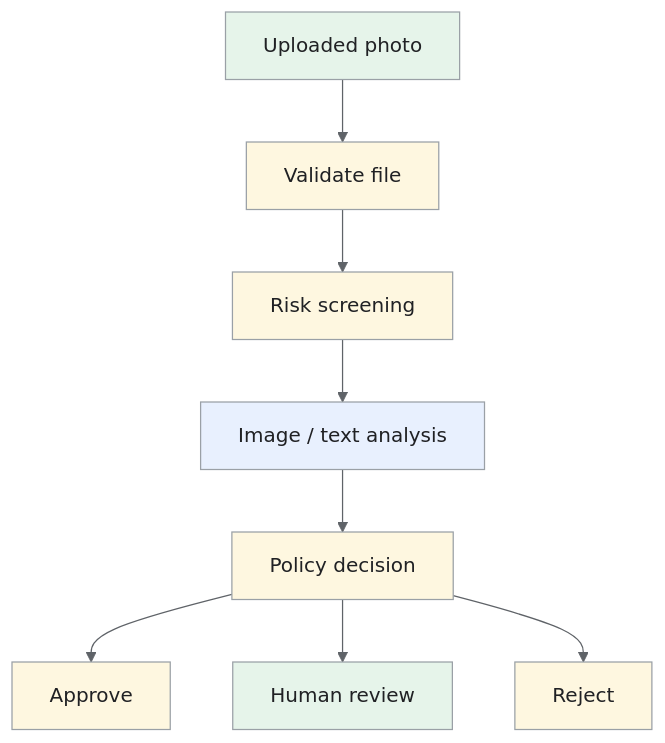
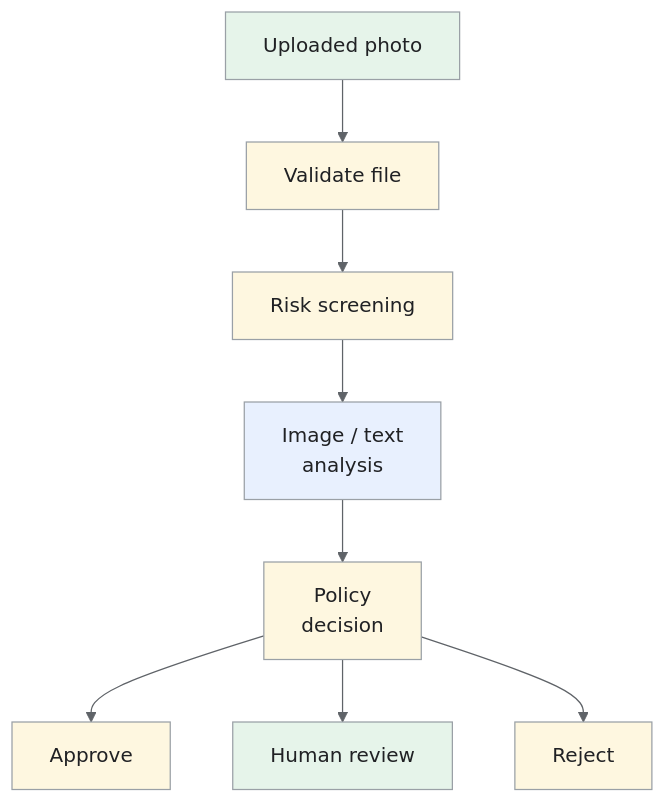
One commit to iliazlobin/iliazlobin.github.io changed the fifth of 5 diagrams in _designs/yelp.md. Above: the diagram before and after it, drawn with Mermaid. The commit also changed other lines of this file and 116 other files, not shown here.

````diff
--- a/_designs/yelp.md
+++ b/_designs/yelp.md
@@ -308,18 +351,18 @@
 ```mermaid
-%%{init: {'theme':'base','themeVariables':{'primaryColor':'#e8f0fe','primaryTextColor':'#202124','primaryBorderColor':'#9aa0a6','lineColor':'#5f6368','secondaryColor':'#e6f4ea','tertiaryColor':'#fef7e0','actorBkg':'#e8f0fe','actorBorder':'#9aa0a6','actorTextColor':'#202124','noteBkgColor':'#fef7e0','noteTextColor':'#202124','noteBorderColor':'#9aa0a6','signalColor':'#5f6368','signalTextColor':'#202124','labelBoxBkgColor':'#fef7e0','labelBoxBorderColor':'#9aa0a6'}}}%%
+%%{init: {"theme":"base","themeVariables":{"primaryColor":"#e8f0fe","primaryBorderColor":"#9aa0a6","primaryTextColor":"#202124","secondaryColor":"#e6f4ea","tertiaryColor":"#fef7e0","lineColor":"#5f6368","actorBkg":"#e8f0fe","actorBorder":"#9aa0a6","actorTextColor":"#202124","noteBkgColor":"#fef7e0","noteBorderColor":"#9aa0a6","noteTextColor":"#202124","signalColor":"#5f6368","signalTextColor":"#202124"}}}%%
 flowchart TB
   P["Uploaded photo"] --> V["Validate file"]
   V --> R["Risk screening"]
-  R --> C["Image / text analysis"]
-  C --> D["Policy decision"]
+  R --> C["Image / text<br>analysis"]
+  C --> D["Policy<br>decision"]
   D --> A["Approve"]
   D --> H["Human review"]
   D --> X["Reject"]
 classDef request fill:#e8f0fe,stroke:#9aa0a6,color:#202124;
 classDef data fill:#e6f4ea,stroke:#9aa0a6,color:#202124;
 classDef control fill:#fef7e0,stroke:#9aa0a6,color:#202124;
 class C request;
 class P,H data;
 class V,R,D,A,X control;
 
 ```
````
